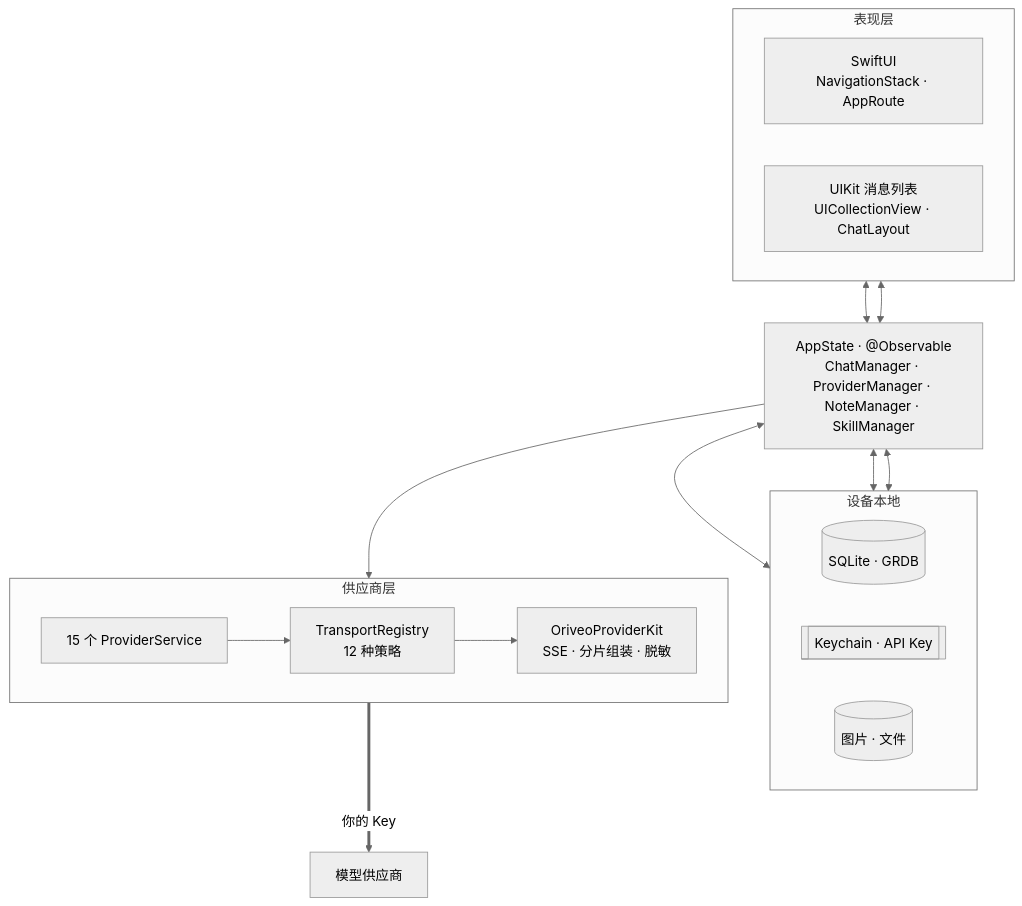
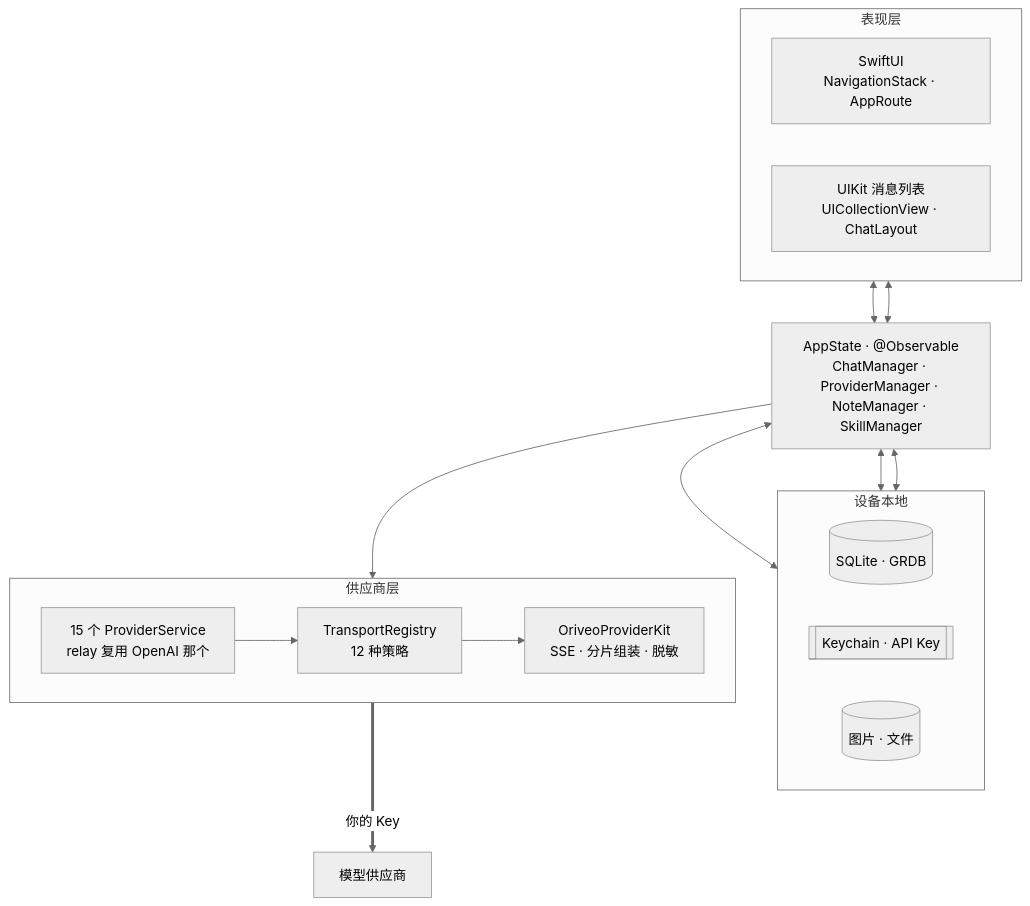
Before and after one commit to oriveo/oriveo: the first of 2 diagrams in readme_i18n/zh-Hans/ios.md, drawn with Mermaid (neutral theme). The commit also changed other lines of this file and 62 other files, not shown here.

````diff
--- a/readme_i18n/zh-Hans/ios.md
+++ b/readme_i18n/zh-Hans/ios.md
@@ -45,30 +45,30 @@
 ```mermaid
 flowchart TB
     subgraph ui ["表现层"]
         direction LR
         swiftui["SwiftUI<br/>NavigationStack · AppRoute"]
         uikit["UIKit 消息列表<br/>UICollectionView · ChatLayout"]
     end
 
     appstate["AppState · @Observable<br/>ChatManager · ProviderManager · NoteManager · SkillManager"]
 
     subgraph store ["设备本地"]
         direction LR
         grdb[("SQLite · GRDB")]
         keychain[["Keychain · API Key"]]
         files[("图片 · 文件")]
     end
 
     subgraph provider ["供应商层"]
         direction LR
-        services["15 个 ProviderService"]
+        services["15 个 ProviderService<br/>relay 复用 OpenAI 那个"]
         transports["TransportRegistry<br/>12 种策略"]
         kit["OriveoProviderKit<br/>SSE · 分片组装 · 脱敏"]
     end
 
     swiftui & uikit <--> appstate
     appstate <--> grdb & keychain & files
     appstate --> services
     services --> transports --> kit
     kit ==>|"你的 Key"| up["模型供应商"]
 ```
````
